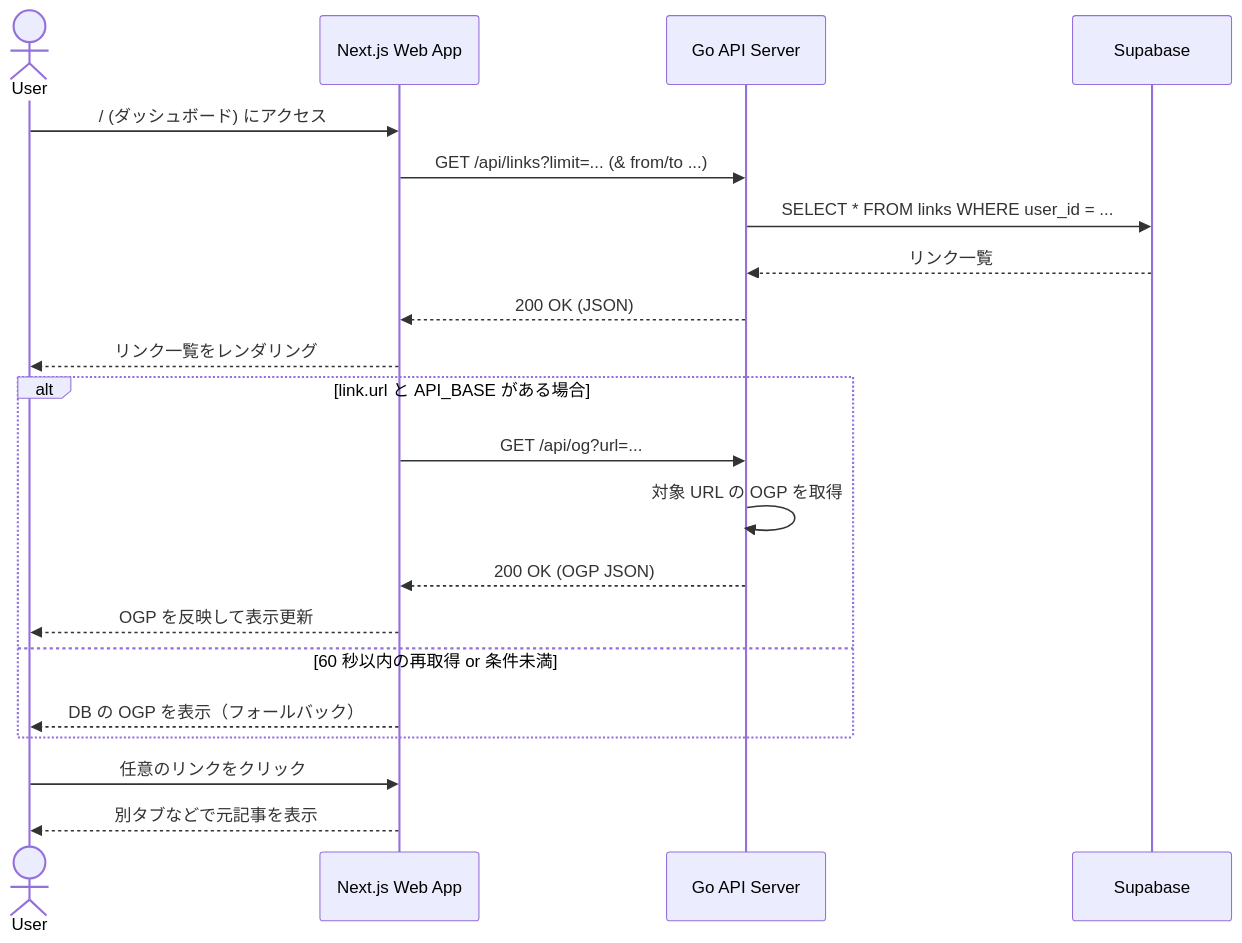
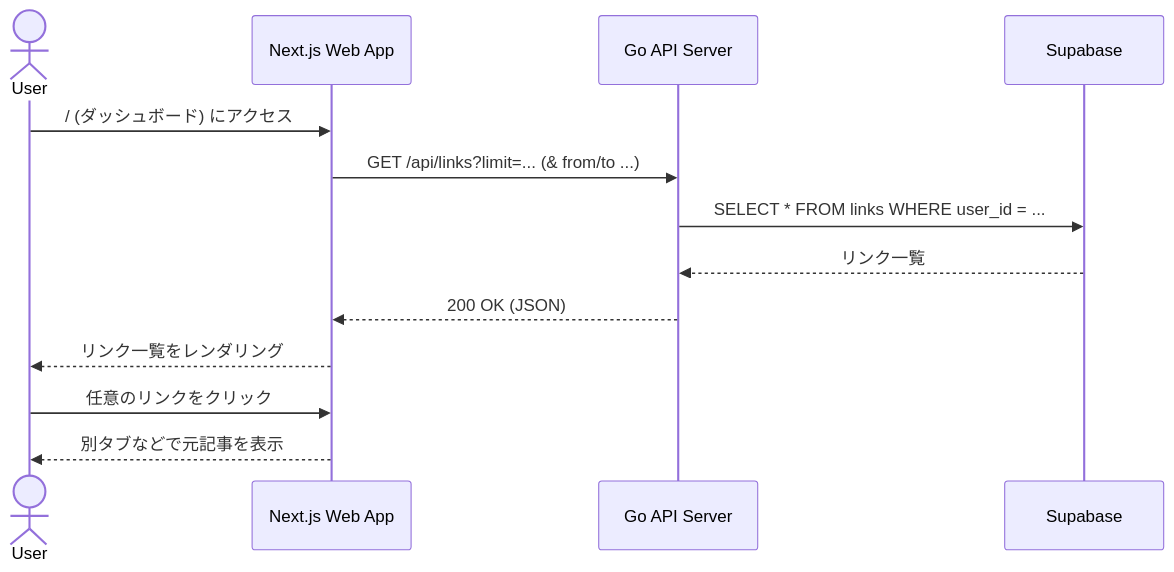
One commit to lvncer/clipgest changed the fourth of 5 diagrams in documents/architecture.md. Above: the diagram before and after it, drawn with Mermaid. The commit also changed other lines of this file and 1 other file, not shown here.

Commit message:
refactor: simplify LinkCard component and update OGP handling
- Removed OGP fetching logic from LinkCard, relying on existing link data for display.
- Streamlined the rendering process by eliminating loading states and unnecessary checks.
- Updated date formatting for improved clarity in the user interface.
- Revised architecture documentation to reflect changes in OGP retrieval strategy.

````diff
--- a/documents/architecture.md
+++ b/documents/architecture.md
@@ -140,26 +135,17 @@
 ```mermaid
 sequenceDiagram
 actor User
 participant Web as Next.js Web App
 participant API as Go API Server
 participant DB as Supabase
 
 User->>Web: / (ダッシュボード) にアクセス
 Web->>API: GET /api/links?limit=... (& from/to ...)
 API->>DB: SELECT * FROM links WHERE user_id = ...
 DB-->>API: リンク一覧
 API-->>Web: 200 OK (JSON)
 Web-->>User: リンク一覧をレンダリング
 
-alt link.url と API_BASE がある場合
-  Web->>API: GET /api/og?url=...
-  API->>API: 対象 URL の OGP を取得
-  API-->>Web: 200 OK (OGP JSON)
-  Web-->>User: OGP を反映して表示更新
-else 60 秒以内の再取得 or 条件未満
-  Web-->>User: DB の OGP を表示（フォールバック）
-end
-
 User->>Web: 任意のリンクをクリック
 Web-->>User: 別タブなどで元記事を表示
 ```
````
